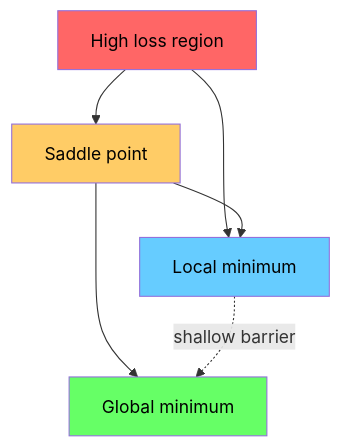
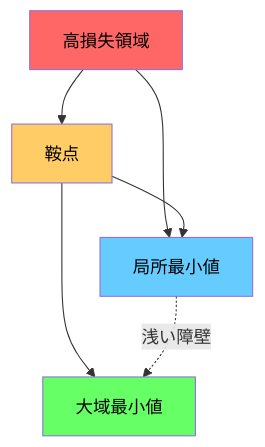
The fifth of 5 diagrams in phases/01-math-foundations/08-optimization/docs/en.md (rohitg00/ai-engineering-from-scratch), drawn with Mermaid before and after one commit. The commit also changed other lines of this file and 1935 other files, not shown here.

````diff
--- a/phases/01-math-foundations/08-optimization/docs/en.md
+++ b/phases/01-math-foundations/08-optimization/docs/en.md
@@ -183,12 +183,12 @@
 ```mermaid
 graph TD
-    HL["High loss region"] --> SP["Saddle point"]
-    HL --> LM["Local minimum"]
+    HL["高損失領域"] --> SP["鞍点"]
+    HL --> LM["局所最小値"]
     SP --> LM
-    SP --> GM["Global minimum"]
-    LM -.->|"shallow barrier"| GM
+    SP --> GM["大域最小値"]
+    LM -.->|"浅い障壁"| GM
     style HL fill:#ff6666,color:#000
     style SP fill:#ffcc66,color:#000
     style LM fill:#66ccff,color:#000
     style GM fill:#66ff66,color:#000
 ```
````
